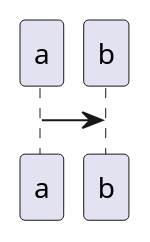
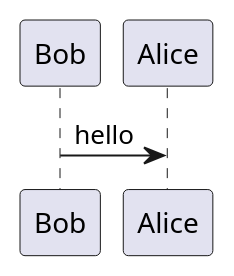
One commit to renyan/blog changed the diagram in about.md. Above: the diagram before and after it, drawn with PlantUML. The commit also changed other lines of this file and 4 other files, not shown here.

Commit message:
feat: add plugin plantuml

```diff
--- a/about.md
+++ b/about.md
@@ -11,5 +11,3 @@
-{% plantuml %}  
 @startuml
-  a -> b
+Bob -> Alice : hello
 @enduml
-{% endplantuml %}  
```
